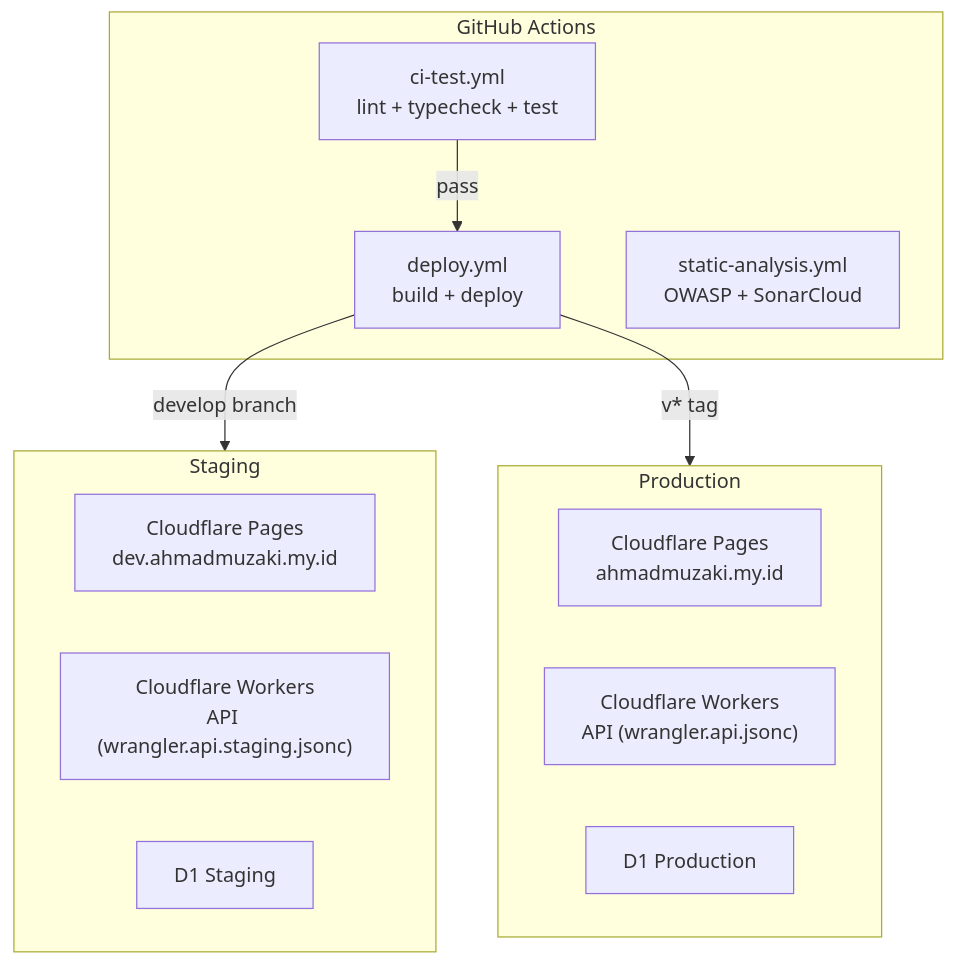
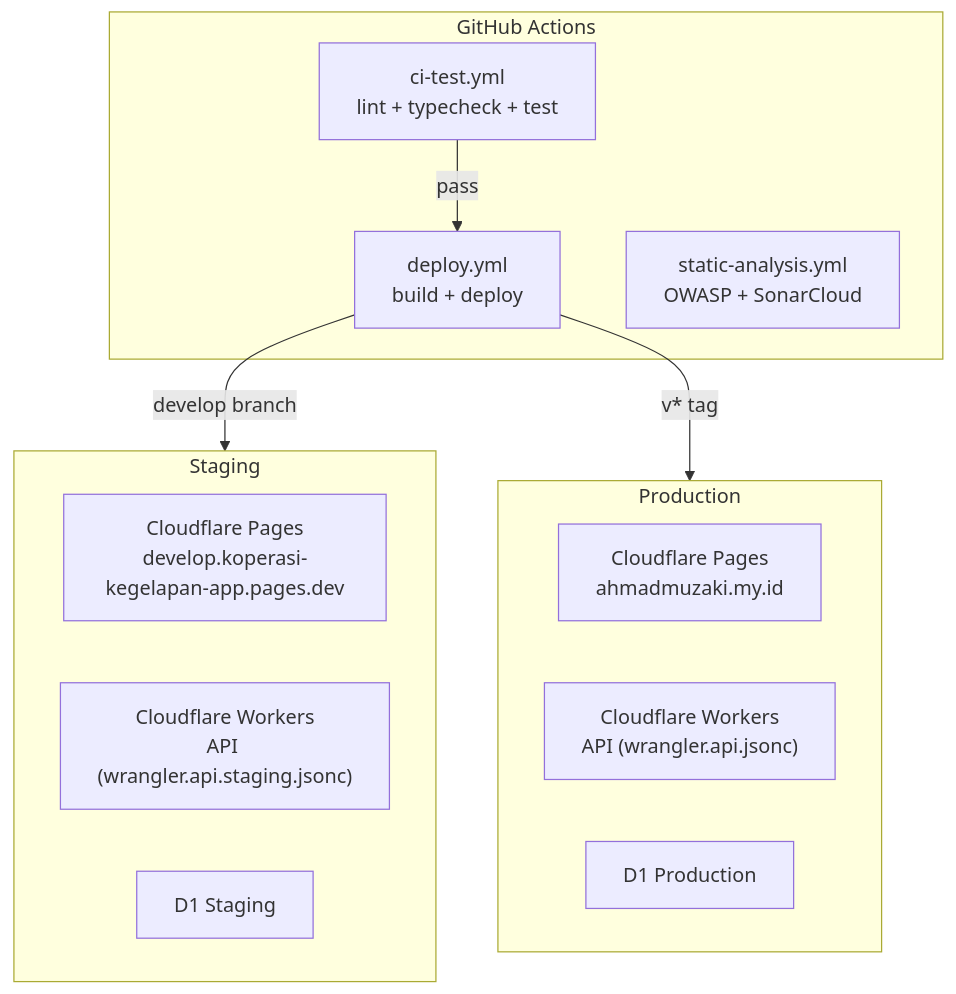
One commit to Stradivary/koperasi-kegelapan-app changed the fifth of 5 diagrams in docs-arch/HIGH_LEVEL_DESIGN.md. Above: the diagram before and after it, drawn with Mermaid. The commit also changed 13 other files, not shown here.

````diff
--- a/docs-arch/HIGH_LEVEL_DESIGN.md
+++ b/docs-arch/HIGH_LEVEL_DESIGN.md
@@ -115,24 +115,24 @@
 ```mermaid
 graph TB
     subgraph Production
         ProdPages["Cloudflare Pages<br/>ahmadmuzaki.my.id"]
         ProdAPI["Cloudflare Workers<br/>API (wrangler.api.jsonc)"]
         ProdD1["D1 Production"]
     end
 
     subgraph Staging
-        StagPages["Cloudflare Pages<br/>dev.ahmadmuzaki.my.id"]
+        StagPages["Cloudflare Pages<br/>develop.koperasi-kegelapan-app.pages.dev"]
         StagAPI["Cloudflare Workers<br/>API (wrangler.api.staging.jsonc)"]
         StagD1["D1 Staging"]
     end
 
     subgraph CI["GitHub Actions"]
         CITest["ci-test.yml<br/>lint + typecheck + test"]
         Deploy["deploy.yml<br/>build + deploy"]
         Static["static-analysis.yml<br/>OWASP + SonarCloud"]
     end
 
     CITest -->|"pass"| Deploy
     Deploy -->|"develop branch"| Staging
     Deploy -->|"v* tag"| Production
 ```
````
